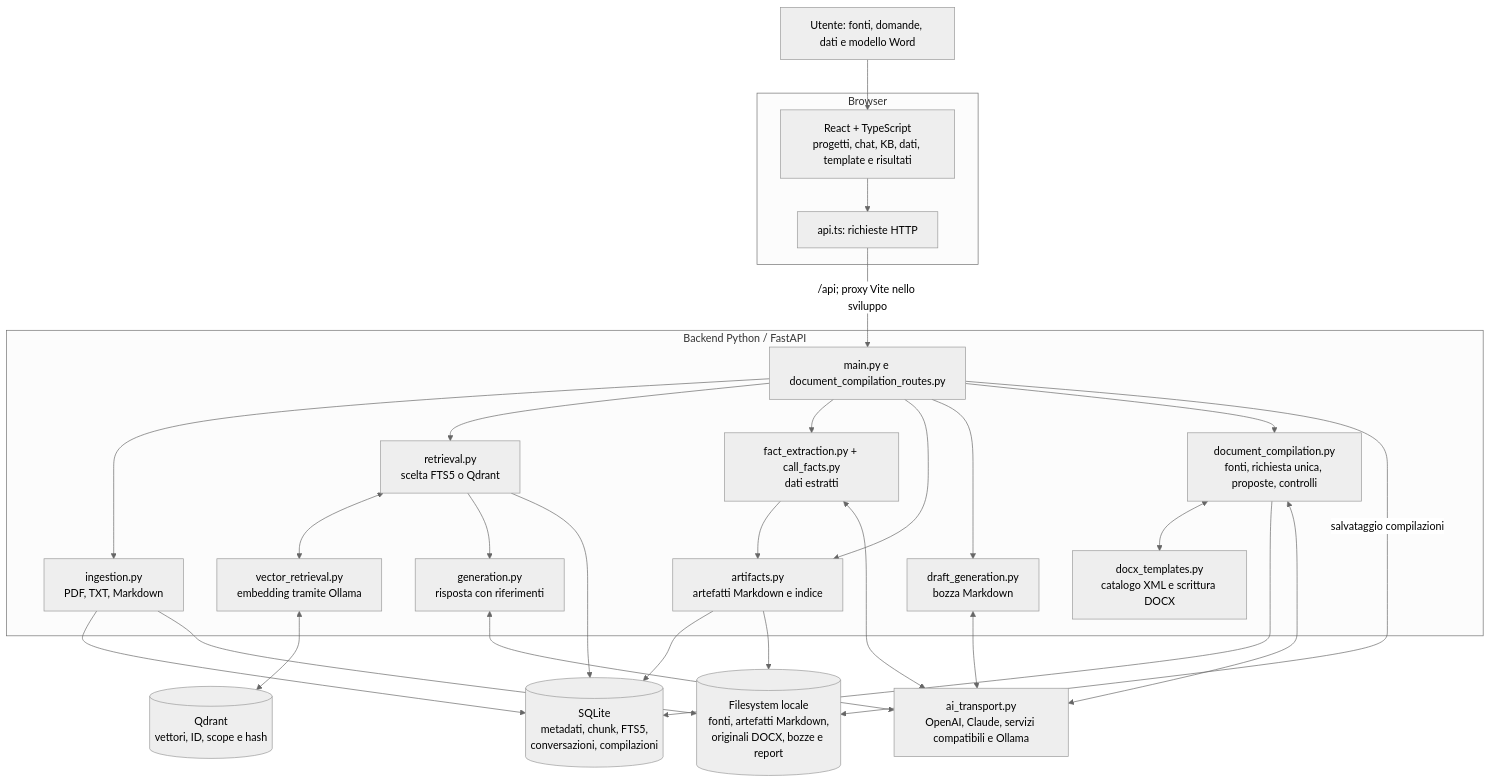
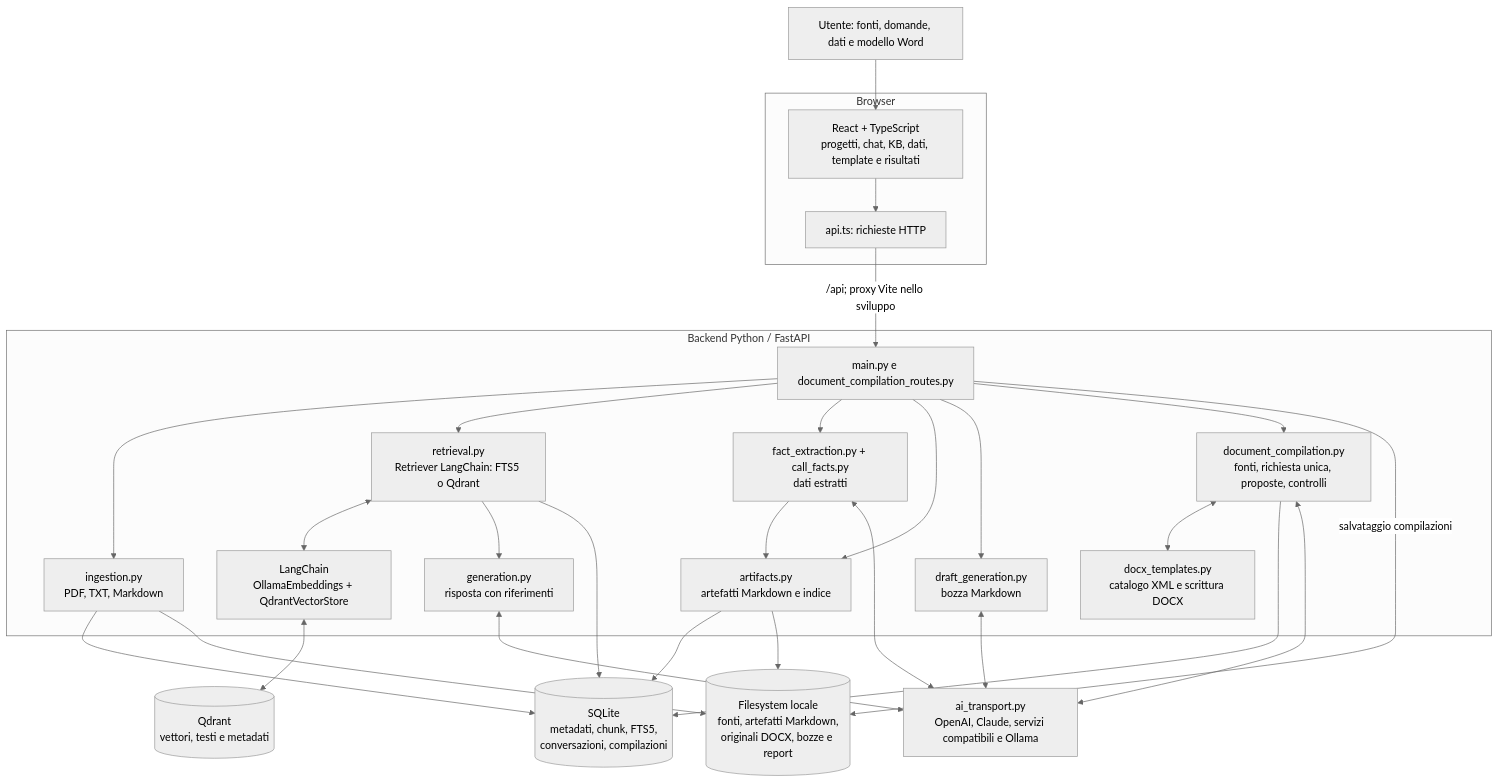
The first of 6 diagrams in architettura.md (MontesanoDev/Tesi), drawn with Mermaid (neutral theme) before and after one commit. The commit also changed other lines of this file and 10 other files, not shown here.

Commit message:
refactor: use LangChain retrievers and Qdrant integration

````diff
--- a/architettura.md
+++ b/architettura.md
@@ -30,48 +30,48 @@
 ```mermaid
 flowchart TB
     U["Utente: fonti, domande, dati e modello Word"] --> UI
     subgraph Browser["Browser"]
         UI["React + TypeScript<br/>progetti, chat, KB, dati, template e risultati"]
         CLIENT["api.ts: richieste HTTP"]
         UI --> CLIENT
     end
     CLIENT -->|"/api; proxy Vite nello sviluppo"| API
     subgraph Backend["Backend Python / FastAPI"]
         API["main.py e document_compilation_routes.py"]
         ING["ingestion.py<br/>PDF, TXT, Markdown"]
-        RET["retrieval.py<br/>scelta FTS5 o Qdrant"]
-        EMB["vector_retrieval.py<br/>embedding tramite Ollama"]
+        RET["retrieval.py<br/>Retriever LangChain: FTS5 o Qdrant"]
+        EMB["LangChain<br/>OllamaEmbeddings + QdrantVectorStore"]
         FACT["fact_extraction.py + call_facts.py<br/>dati estratti"]
         ART["artifacts.py<br/>artefatti Markdown e indice"]
         CHAT["generation.py<br/>risposta con riferimenti"]
         MD["draft_generation.py<br/>bozza Markdown"]
         COMP["document_compilation.py<br/>fonti, richiesta unica, proposte, controlli"]
         WORD["docx_templates.py<br/>catalogo XML e scrittura DOCX"]
         API --> ING
         API --> RET
         RET <--> EMB
         API --> FACT
         API --> ART
         API --> MD
         API --> COMP
         RET --> CHAT
         COMP <--> WORD
         FACT --> ART
     end
     DB[("SQLite<br/>metadati, chunk, FTS5,<br/>conversazioni, compilazioni")]
-    VDB[("Qdrant<br/>vettori, ID, scope e hash")]
+    VDB[("Qdrant<br/>vettori, testi e metadati")]
     FS[("Filesystem locale<br/>fonti, artefatti Markdown,<br/>originali DOCX, bozze e report")]
     LLM["ai_transport.py<br/>OpenAI, Claude, servizi compatibili e Ollama"]
     ING --> DB
     ING --> FS
     RET --> DB
     EMB <--> VDB
     ART --> DB
     ART --> FS
     COMP --> DB
     API -->|"salvataggio compilazioni"| FS
     CHAT <--> LLM
     FACT <--> LLM
     MD <--> LLM
     COMP <--> LLM
 ```
````
